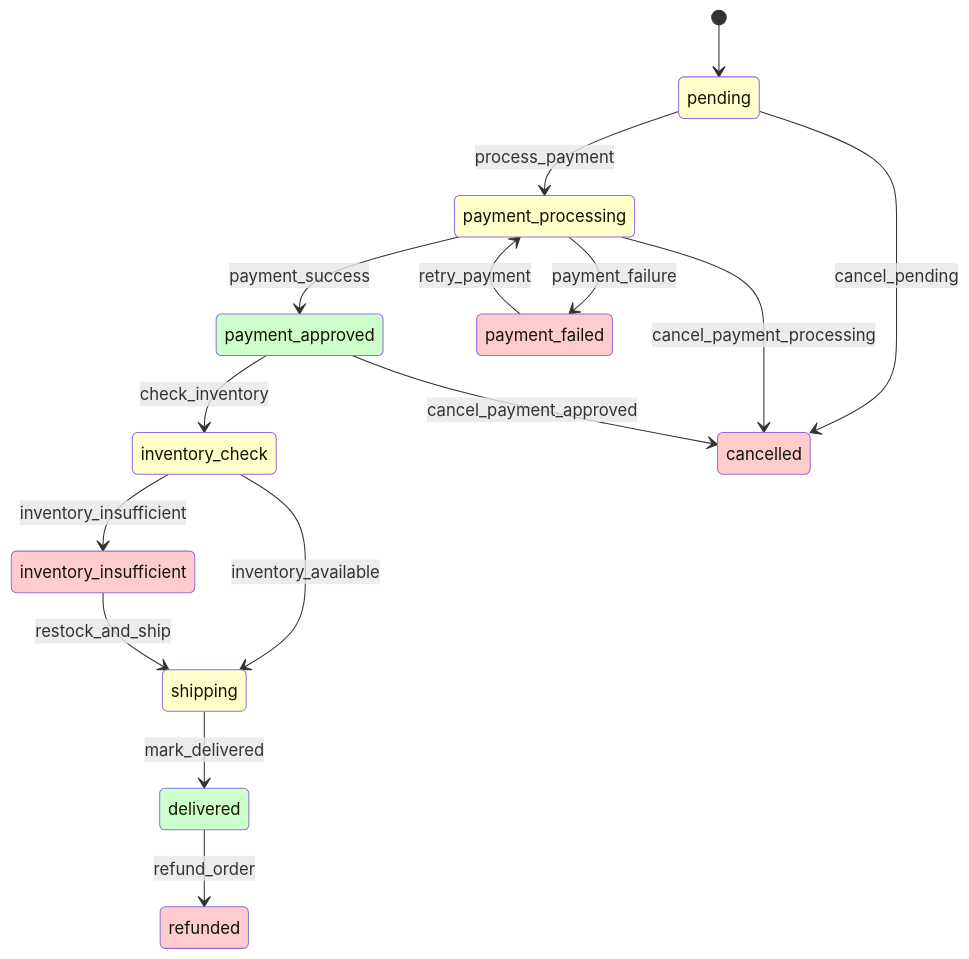
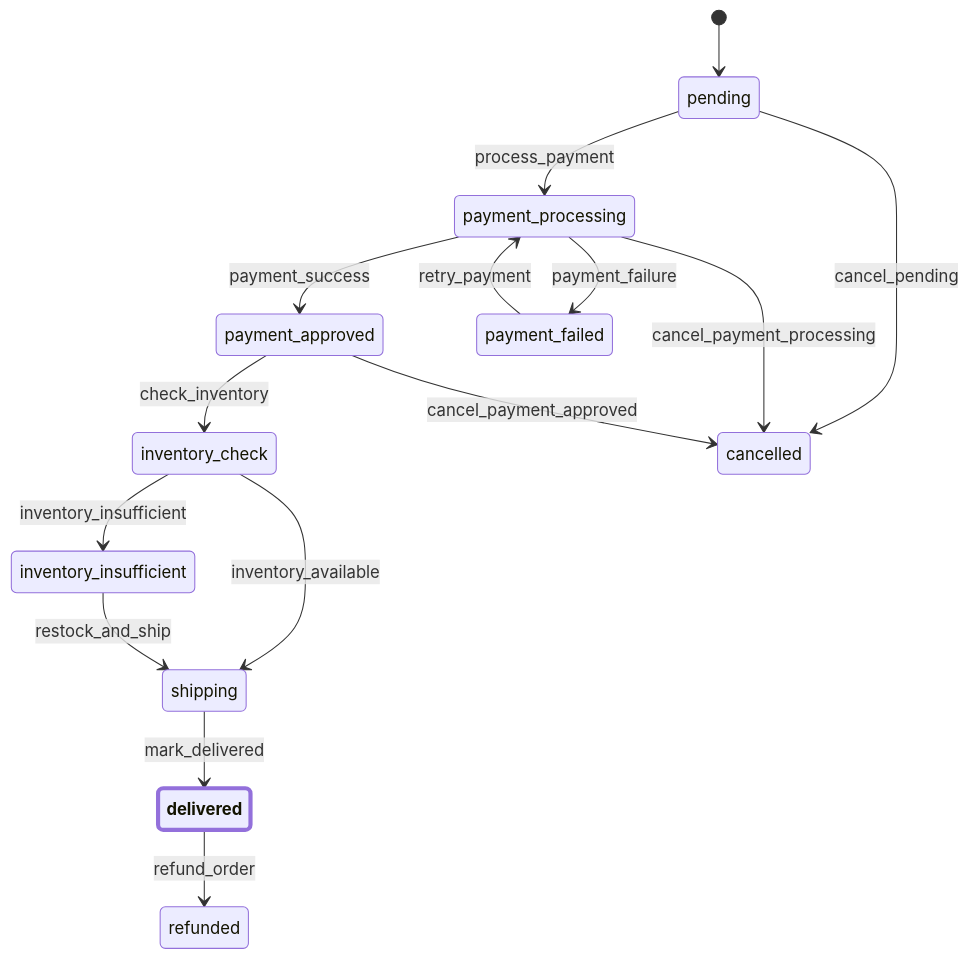
One commit to euphoria-laxis/workflow changed the diagram in examples/order_processing/diagram.mermaid. Above: the diagram before and after it, drawn with Mermaid.

Commit message:
update order processing diagram

```diff
--- a/examples/order_processing/diagram.mermaid
+++ b/examples/order_processing/diagram.mermaid
@@ -1,52 +1,31 @@
 stateDiagram-v2
     classDef currentPlace font-weight:bold,stroke-width:4px
-    classDef errorState fill:#ffcccc
-    classDef successState fill:#ccffcc
-    classDef processingState fill:#ffffcc
-
     pending
     payment_processing
     payment_approved
     payment_failed
     inventory_check
     inventory_insufficient
     shipping
     delivered
     cancelled
     refunded
-
-    %% Initial state
-    [*] --> pending
-
-    %% Payment flow
     pending --> payment_processing : process_payment
     payment_processing --> payment_approved : payment_success
     payment_processing --> payment_failed : payment_failure
     payment_failed --> payment_processing : retry_payment
-
-    %% Inventory flow
     payment_approved --> inventory_check : check_inventory
     inventory_check --> shipping : inventory_available
     inventory_check --> inventory_insufficient : inventory_insufficient
     inventory_insufficient --> shipping : restock_and_ship
-
-    %% Delivery flow
     shipping --> delivered : mark_delivered
-    delivered --> refunded : refund_order
-
-    %% Cancellation paths
     pending --> cancelled : cancel_pending
     payment_processing --> cancelled : cancel_payment_processing
     payment_approved --> cancelled : cancel_payment_approved
+    delivered --> refunded : refund_order
 
-    %% State styling
-    class pending processingState
-    class payment_processing processingState
-    class payment_approved successState
-    class payment_failed errorState
-    class inventory_check processingState
-    class inventory_insufficient errorState
-    class shipping processingState
-    class delivered successState
-    class cancelled errorState
-    class refunded errorState 
+    %% Current places
+    class delivered currentPlace
+
+    %% Initial place
+    [*] --> pending
```
